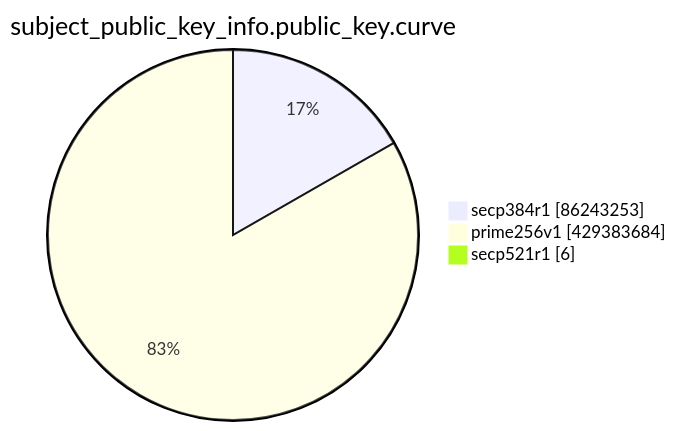
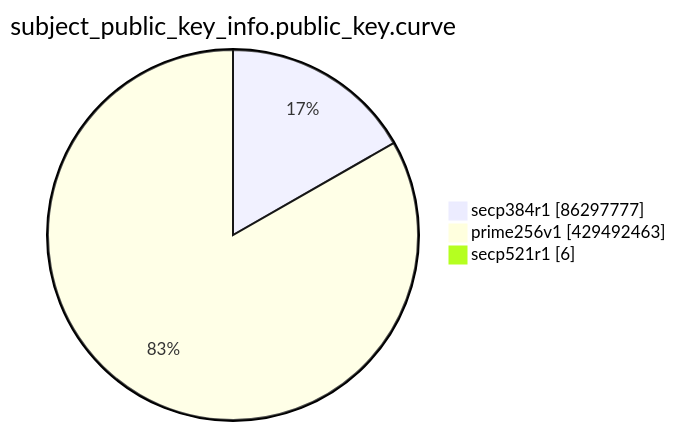
Before and after one commit to christiankrug/ctmonitor_visualization: the eighth of 15 diagrams in TOTAL/README.md, drawn with Mermaid. The commit also changed other lines of this file, not shown here.

````diff
--- a/TOTAL/README.md
+++ b/TOTAL/README.md
@@ -3100,7 +3100,7 @@
 ```mermaid
 pie showData
 title subject_public_key_info.public_key.curve
-"secp384r1" :86243253
-"prime256v1" :429383684
+"secp384r1" :86297777
+"prime256v1" :429492463
 "secp521r1" :6
 ```
````
